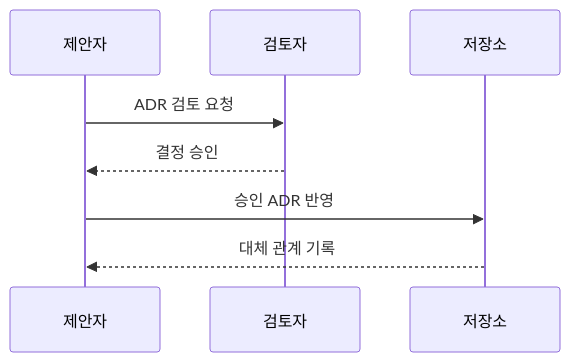
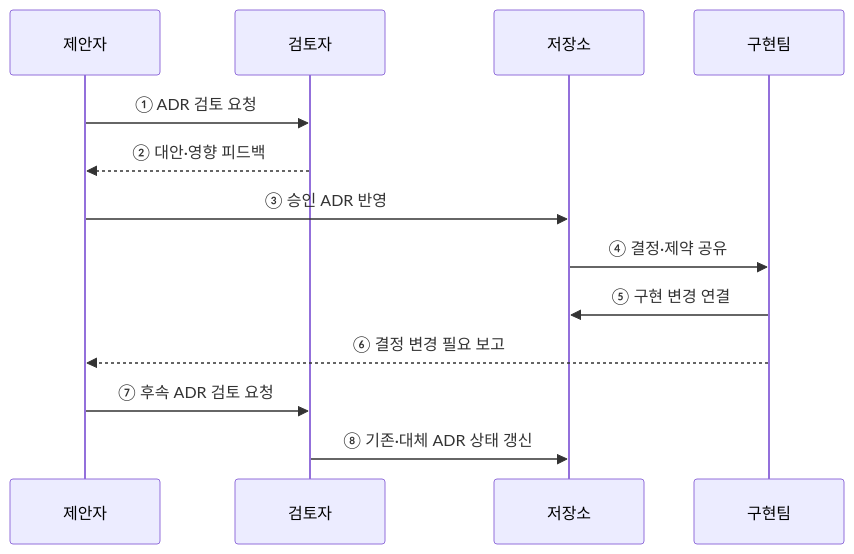
One commit to agnusdei1207/knowledge-base changed the second of 2 diagrams in src/content/docs/notes/03-software/076_architecture_decision_record.md. Above: the diagram before and after it, drawn with Mermaid. The commit also changed other lines of this file and 20 other files, not shown here.

````diff
--- a/src/content/docs/notes/03-software/076_architecture_decision_record.md
+++ b/src/content/docs/notes/03-software/076_architecture_decision_record.md
@@ -71,10 +64,15 @@
 ```mermaid
 sequenceDiagram
-    participant A as 제안자
+    participant P as 제안자
     participant R as 검토자
     participant V as 저장소
-    A->>R: ADR 검토 요청
-    R-->>A: 결정 승인
-    A->>V: 승인 ADR 반영
-    V-->>A: 대체 관계 기록
+    participant I as 구현팀
+    P->>R: ① ADR 검토 요청
+    R-->>P: ② 대안·영향 피드백
+    P->>V: ③ 승인 ADR 반영
+    V->>I: ④ 결정·제약 공유
+    I->>V: ⑤ 구현 변경 연결
+    I-->>P: ⑥ 결정 변경 필요 보고
+    P->>R: ⑦ 후속 ADR 검토 요청
+    R->>V: ⑧ 기존·대체 ADR 상태 갱신
 ```
````
